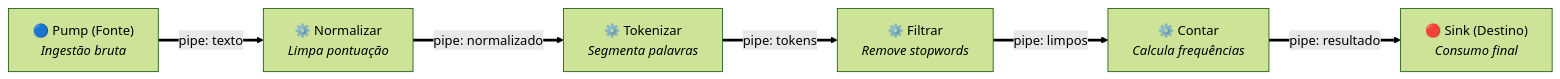
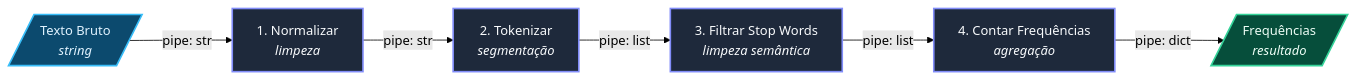
One commit to thiagoleal435/guia-arquitetura-de-software changed the first of 2 diagrams in content/01-pipe-and-filter/slides.qmd. Above: the diagram before and after it, drawn with Mermaid (forest theme). The commit also changed other lines of this file and 4 other files, not shown here.

Commit message:
docs(slides): moderniza apresentação revealjs com tema escuro e novos diagramas

````diff
--- a/content/01-pipe-and-filter/slides.qmd
+++ b/content/01-pipe-and-filter/slides.qmd
@@ -82,8 +119,15 @@
 ```{mermaid}
 flowchart LR
-    Pump["🔵 Pump (Fonte)<br/><i>Ingestão bruta</i>"] ==>|pipe: texto| F1["⚙️ Normalizar<br/><i>Limpa pontuação</i>"]
-    F1 ==>|pipe: normalizado| F2["⚙️ Tokenizar<br/><i>Segmenta palavras</i>"]
-    F2 ==>|pipe: tokens| F3["⚙️ Filtrar<br/><i>Remove stopwords</i>"]
-    F3 ==>|pipe: limpos| F4["⚙️ Contar<br/><i>Calcula frequências</i>"]
-    F4 ==>|pipe: resultado| Sink["🔴 Sink (Destino)<br/><i>Consumo final</i>"]
+    IN[/"Texto Bruto<br/><i>string</i>"/] -->|pipe: str| F1["1. Normalizar<br/><i>limpeza</i>"]
+    F1 -->|pipe: str| F2["2. Tokenizar<br/><i>segmentação</i>"]
+    F2 -->|pipe: list| F3["3. Filtrar Stop Words<br/><i>limpeza semântica</i>"]
+    F3 -->|pipe: list| F4["4. Contar Frequências<br/><i>agregação</i>"]
+    F4 -->|pipe: dict| OUT[/"Frequências<br/><i>resultado</i>"/]
+
+    style IN fill:#0c4a6e,stroke:#38bdf8,stroke-width:2px,color:#e0f2fe
+    style F1 fill:#1e293b,stroke:#818cf8,stroke-width:2px,color:#f8fafc
+    style F2 fill:#1e293b,stroke:#818cf8,stroke-width:2px,color:#f8fafc
+    style F3 fill:#1e293b,stroke:#818cf8,stroke-width:2px,color:#f8fafc
+    style F4 fill:#1e293b,stroke:#818cf8,stroke-width:2px,color:#f8fafc
+    style OUT fill:#064e3b,stroke:#34d399,stroke-width:2px,color:#ecfdf5
 ```
````
